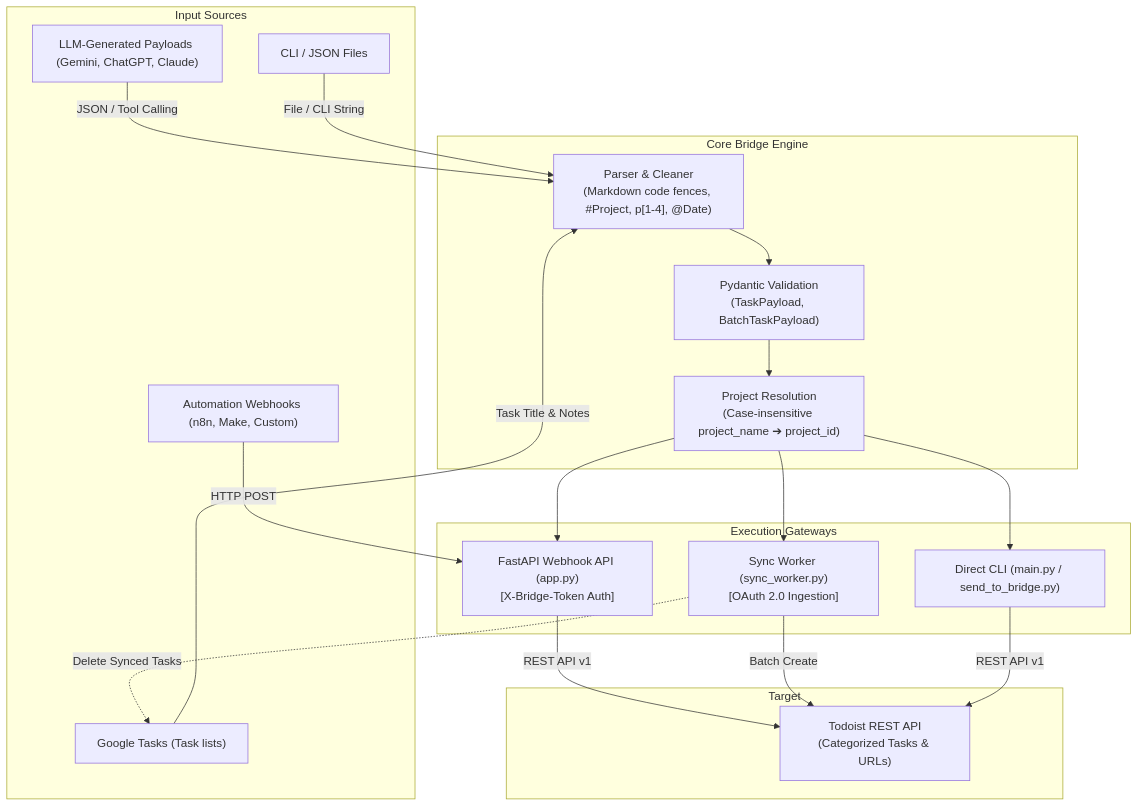
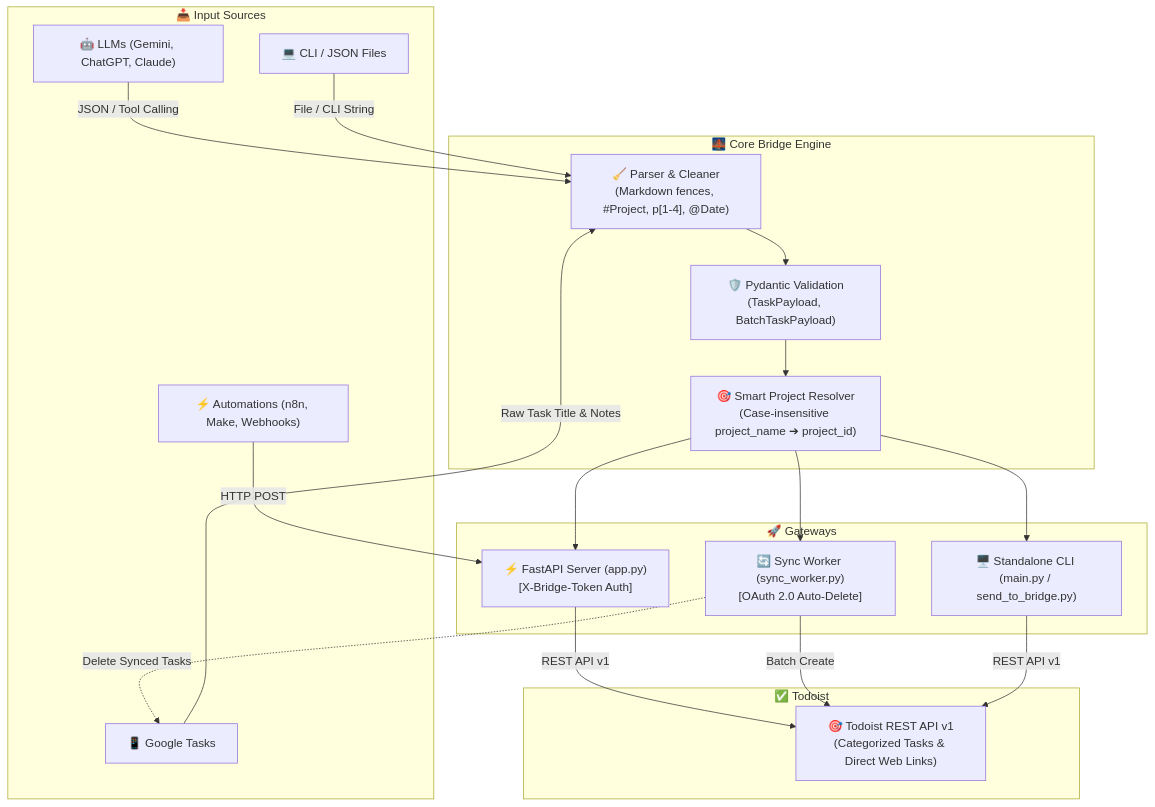
Before and after one commit to kagankurubas/Todoist-Gemini-Bridge: the diagram in README.md, drawn with Mermaid. The commit also changed other lines of this file, not shown here.

````diff
--- a/README.md
+++ b/README.md
@@ -32,41 +29,41 @@
 ```mermaid
 flowchart TD
-    subgraph Sources["Input Sources"]
-        A1["LLM-Generated Payloads (Gemini, ChatGPT, Claude)"]
-        A2["Google Tasks (Task lists)"]
-        A3["Automation Webhooks (n8n, Make, Custom)"]
-        A4["CLI / JSON Files"]
+    subgraph Sources["📥 Input Sources"]
+        A1["🤖 LLMs (Gemini, ChatGPT, Claude)"]
+        A2["📱 Google Tasks"]
+        A3["⚡ Automations (n8n, Make, Webhooks)"]
+        A4["💻 CLI / JSON Files"]
     end
 
-    subgraph CoreBridge["Core Bridge Engine"]
-        B1["Parser & Cleaner\n(Markdown code fences, #Project, p[1-4], @Date)"]
-        B2["Pydantic Validation\n(TaskPayload, BatchTaskPayload)"]
-        B3["Project Resolution\n(Case-insensitive project_name ➔ project_id)"]
+    subgraph CoreBridge["🌉 Core Bridge Engine"]
+        B1["🧹 Parser & Cleaner\n(Markdown fences, #Project, p[1-4], @Date)"]
+        B2["🛡️ Pydantic Validation\n(TaskPayload, BatchTaskPayload)"]
+        B3["🎯 Smart Project Resolver\n(Case-insensitive project_name ➔ project_id)"]
     end
 
-    subgraph Gateways["Execution Gateways"]
-        C1["FastAPI Webhook API (app.py)\n[X-Bridge-Token Auth]"]
-        C2["Sync Worker (sync_worker.py)\n[OAuth 2.0 Ingestion]"]
-        C3["Direct CLI (main.py / send_to_bridge.py)"]
+    subgraph Gateways["🚀 Gateways"]
+        C1["⚡ FastAPI Server (app.py)\n[X-Bridge-Token Auth]"]
+        C2["🔄 Sync Worker (sync_worker.py)\n[OAuth 2.0 Auto-Delete]"]
+        C3["🖥️ Standalone CLI (main.py / send_to_bridge.py)"]
     end
 
-    subgraph Target["Target"]
-        D["Todoist REST API\n(Categorized Tasks & URLs)"]
+    subgraph Todoist["✅ Todoist"]
+        D["🎯 Todoist REST API v1\n(Categorized Tasks & Direct Web Links)"]
     end
 
     A1 -->|JSON / Tool Calling| B1
-    A2 -->|Task Title & Notes| B1
+    A2 -->|Raw Task Title & Notes| B1
     A3 -->|HTTP POST| C1
     A4 -->|File / CLI String| B1
 
     B1 --> B2
     B2 --> B3
     B3 --> C1
     B3 --> C2
     B3 --> C3
 
     C1 -->|REST API v1| D
     C2 -->|Batch Create| D
     C2 -.->|Delete Synced Tasks| A2
     C3 -->|REST API v1| D
 ```
````
